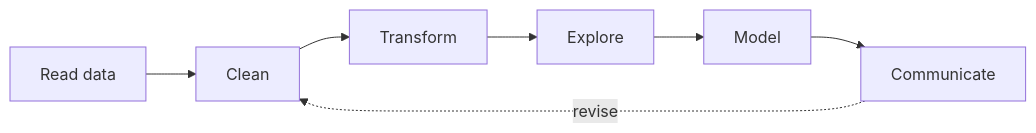
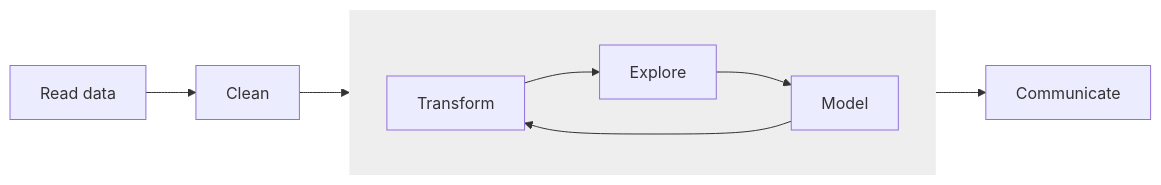
One commit to Data-Science-Bootcamp-2026/bootcamp-r changed the diagram in docs/slides.qmd. Above: the diagram before and after it, drawn with Mermaid. The commit also changed other lines of this file and 8 other files, not shown here.

````diff
--- a/docs/slides.qmd
+++ b/docs/slides.qmd
@@ -624,9 +624,13 @@
 ```{mermaid}
 flowchart LR
   A[Read data] --> B[Clean]
-  B --> C[Transform]
-  C --> D[Explore]
-  D --> E[Model]
-  E --> F[Communicate]
-  F -. revise .-> B
+  B --> C
+  subgraph analysis[" "]
+    direction LR
+    C[Transform] --> D[Explore]
+    D --> E[Model]
+    E --> C
+  end
+  analysis --> F[Communicate]
+  style analysis fill:#eeeeee,stroke:none
 ```
````
